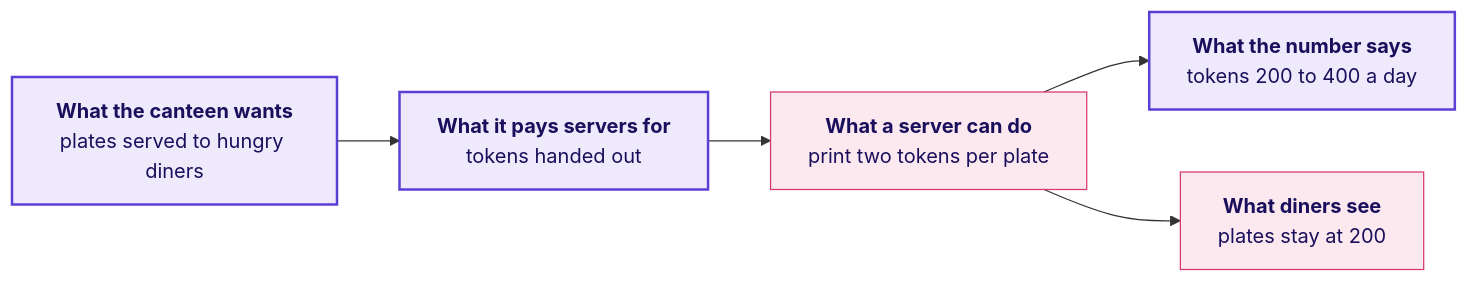
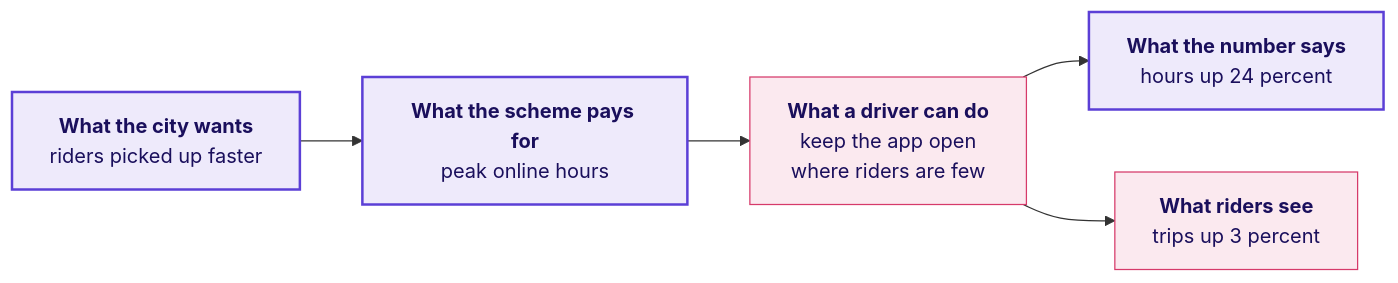
One commit to fde-academy-lab/c2-content-factory changed the tenth of 17 diagrams in content/W04/D1/slides/C2_W04_D01_half1_STUDENT.md. Above: the diagram before and after it, drawn with Mermaid. The commit also changed other lines of this file and 6 other files, not shown here.

````diff
--- a/content/W04/D1/slides/C2_W04_D01_half1_STUDENT.md
+++ b/content/W04/D1/slides/C2_W04_D01_half1_STUDENT.md
@@ -205,11 +1365,11 @@
 ```mermaid
 flowchart LR
-    G["<b>What the canteen wants</b><br/>plates served to hungry diners"] --> P["<b>What it pays servers for</b><br/>tokens handed out"]
-    P --> C["<b>What a server can do</b><br/>print two tokens per plate"]
-    C --> N["<b>What the number says</b><br/>tokens 200 to 400 a day"]
-    C --> D["<b>What diners see</b><br/>plates stay at 200"]
+    G["<b>What the city wants</b><br/>riders picked up faster"] --> P["<b>What the scheme pays for</b><br/>peak online hours"]
+    P --> C["<b>What a driver can do</b><br/>keep the app open<br/>where riders are few"]
+    C --> N["<b>What the number says</b><br/>hours up 24 percent"]
+    C --> D["<b>What riders see</b><br/>trips up 3 percent"]
     classDef known fill:#EEEAFB,stroke:#5B3FD6,color:#1A0F5C,stroke-width:2px
     classDef bad fill:#FBE9EF,stroke:#D63A6A,color:#1A0F5C
     class G,P,N known
     class C,D bad
 ```
````
